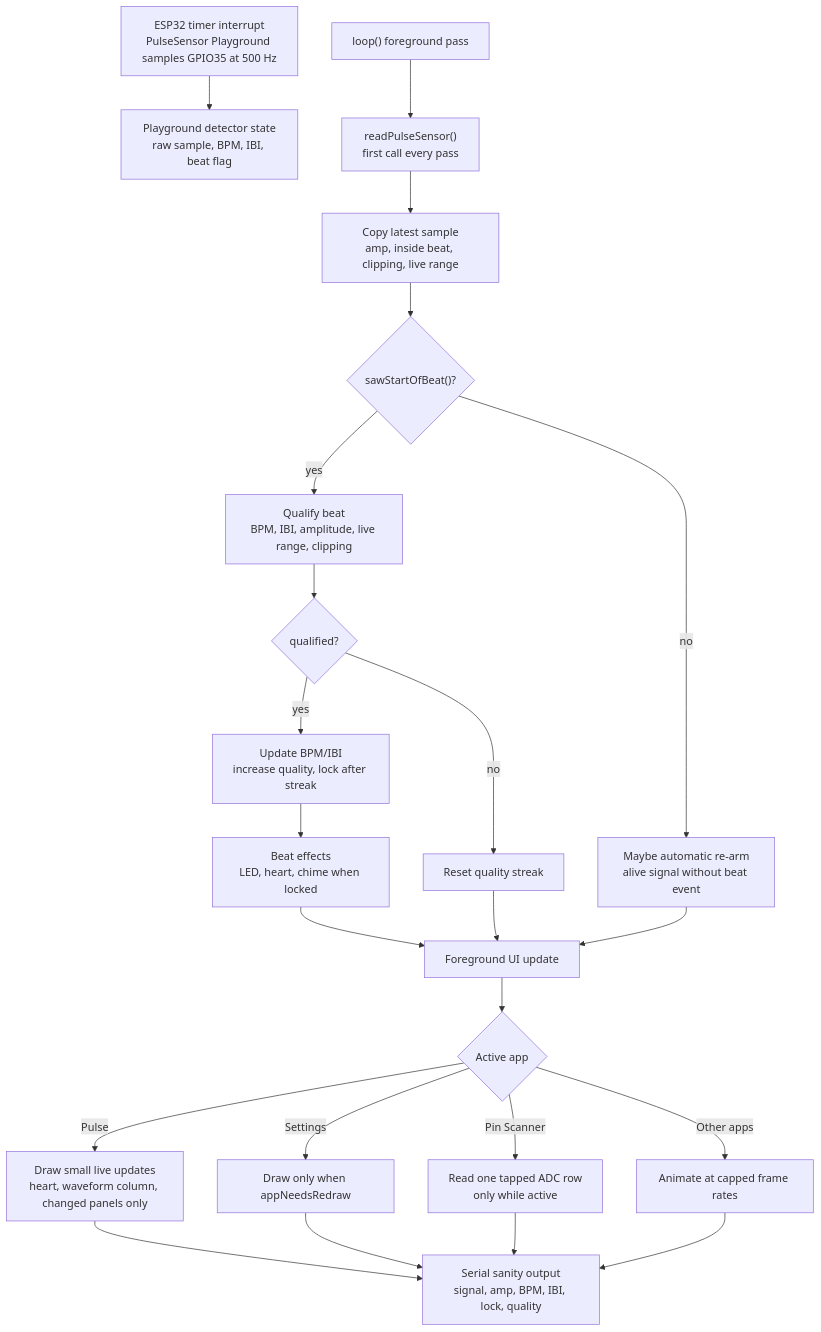
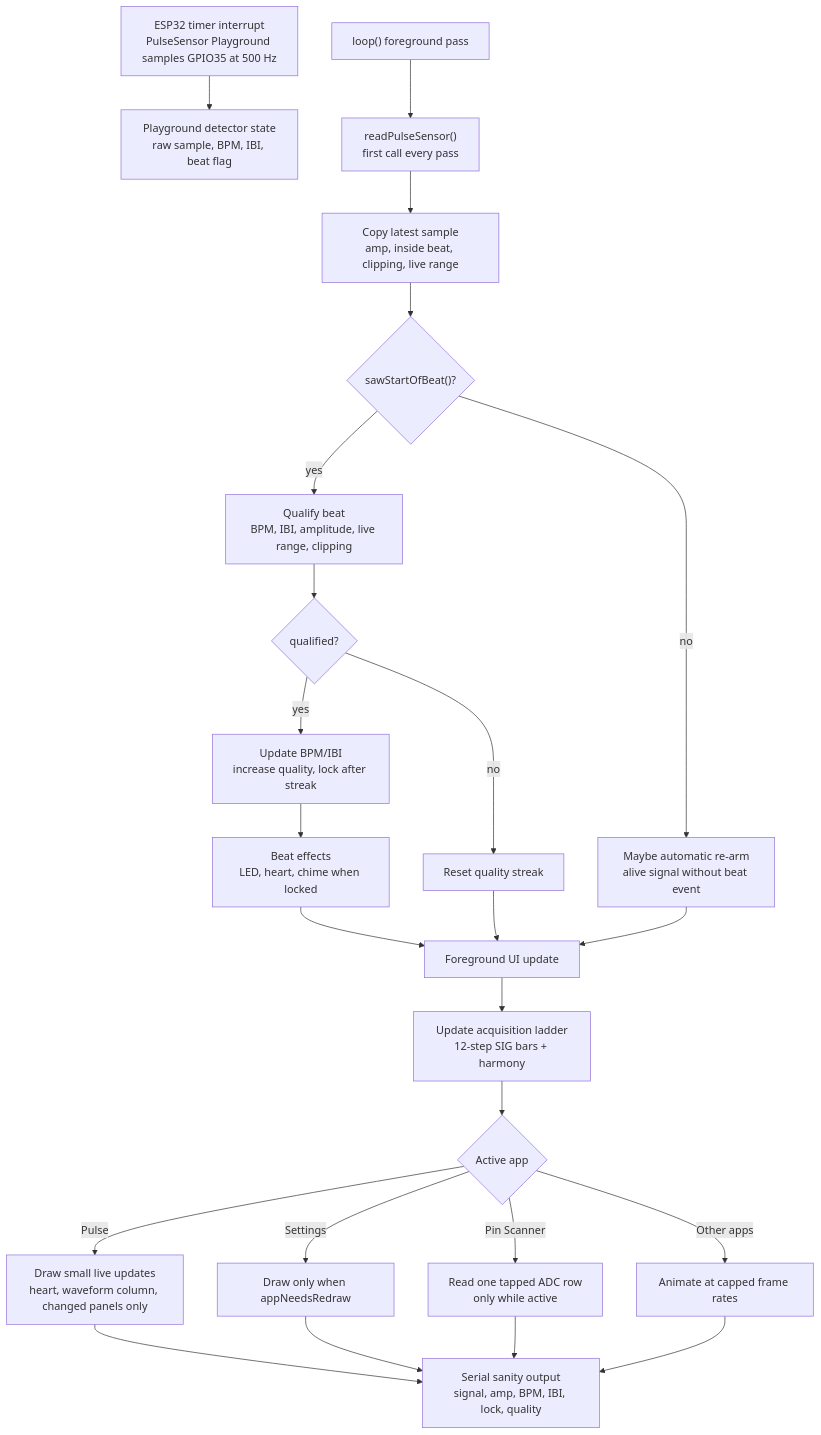
One commit to yury-g/CYD_App_Launcher changed the diagram in docs/signal-first-architecture.md. Above: the diagram before and after it, drawn with Mermaid. The commit also changed other lines of this file and 6 other files, not shown here.

Commit message:
Add granular signal acquisition ladder 20260524-134500-EDT

````diff
--- a/docs/signal-first-architecture.md
+++ b/docs/signal-first-architecture.md
@@ -27,25 +30,26 @@
 ```mermaid
 flowchart TD
     A["ESP32 timer interrupt\nPulseSensor Playground samples GPIO35 at 500 Hz"] --> B["Playground detector state\nraw sample, BPM, IBI, beat flag"]
     C["loop() foreground pass"] --> D["readPulseSensor()\nfirst call every pass"]
     D --> E["Copy latest sample\namp, inside beat, clipping, live range"]
     E --> F{"sawStartOfBeat()?"}
     F -->|yes| G["Qualify beat\nBPM, IBI, amplitude, live range, clipping"]
     F -->|no| H["Maybe automatic re-arm\nalive signal without beat event"]
     G --> I{"qualified?"}
     I -->|yes| J["Update BPM/IBI\nincrease quality, lock after streak"]
     I -->|no| K["Reset quality streak"]
     J --> L["Beat effects\nLED, heart, chime when locked"]
     K --> M["Foreground UI update"]
     H --> M
     L --> M
-    M --> N{"Active app"}
-    N -->|Pulse| O["Draw small live updates\nheart, waveform column, changed panels only"]
-    N -->|Settings| P["Draw only when appNeedsRedraw"]
-    N -->|Pin Scanner| Q["Read one tapped ADC row\nonly while active"]
-    N -->|Other apps| R["Animate at capped frame rates"]
-    O --> S["Serial sanity output\nsignal, amp, BPM, IBI, lock, quality"]
-    P --> S
-    Q --> S
-    R --> S
+    M --> N["Update acquisition ladder\n12-step SIG bars + harmony"]
+    N --> O{"Active app"}
+    O -->|Pulse| P["Draw small live updates\nheart, waveform column, changed panels only"]
+    O -->|Settings| Q["Draw only when appNeedsRedraw"]
+    O -->|Pin Scanner| R["Read one tapped ADC row\nonly while active"]
+    O -->|Other apps| S["Animate at capped frame rates"]
+    P --> T["Serial sanity output\nsignal, amp, BPM, IBI, lock, quality"]
+    Q --> T
+    R --> T
+    S --> T
 ```
````
